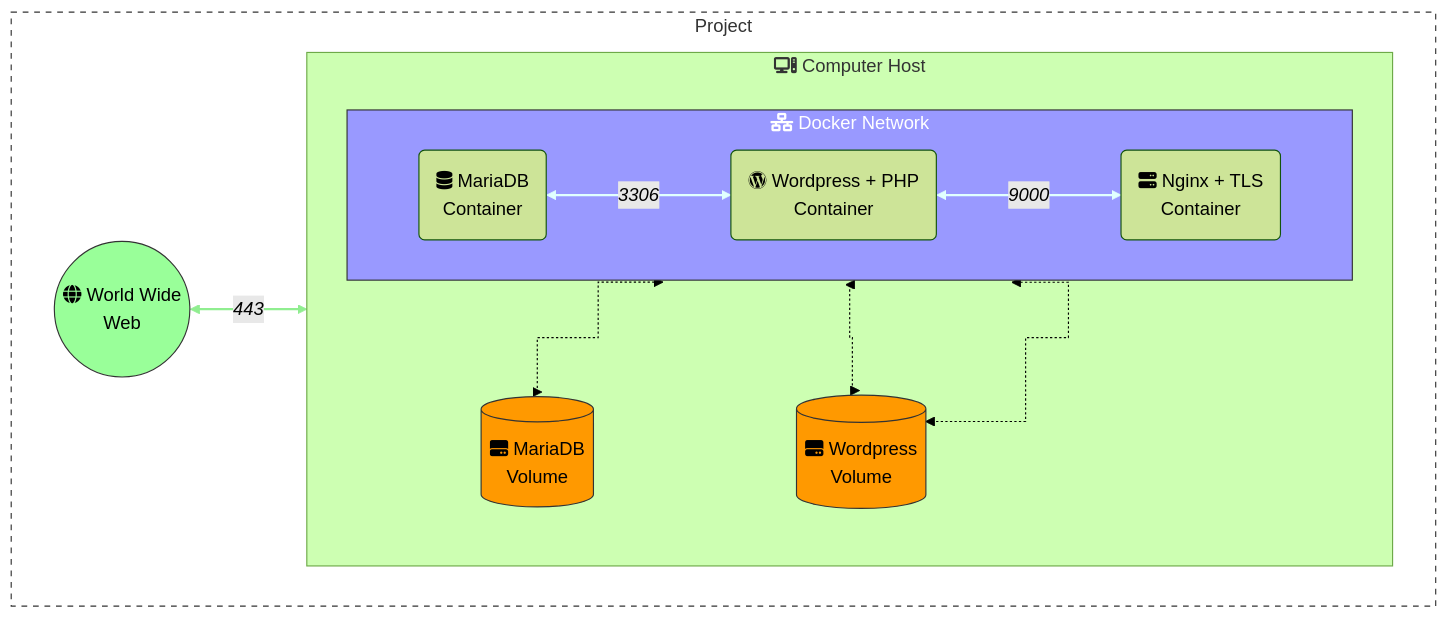
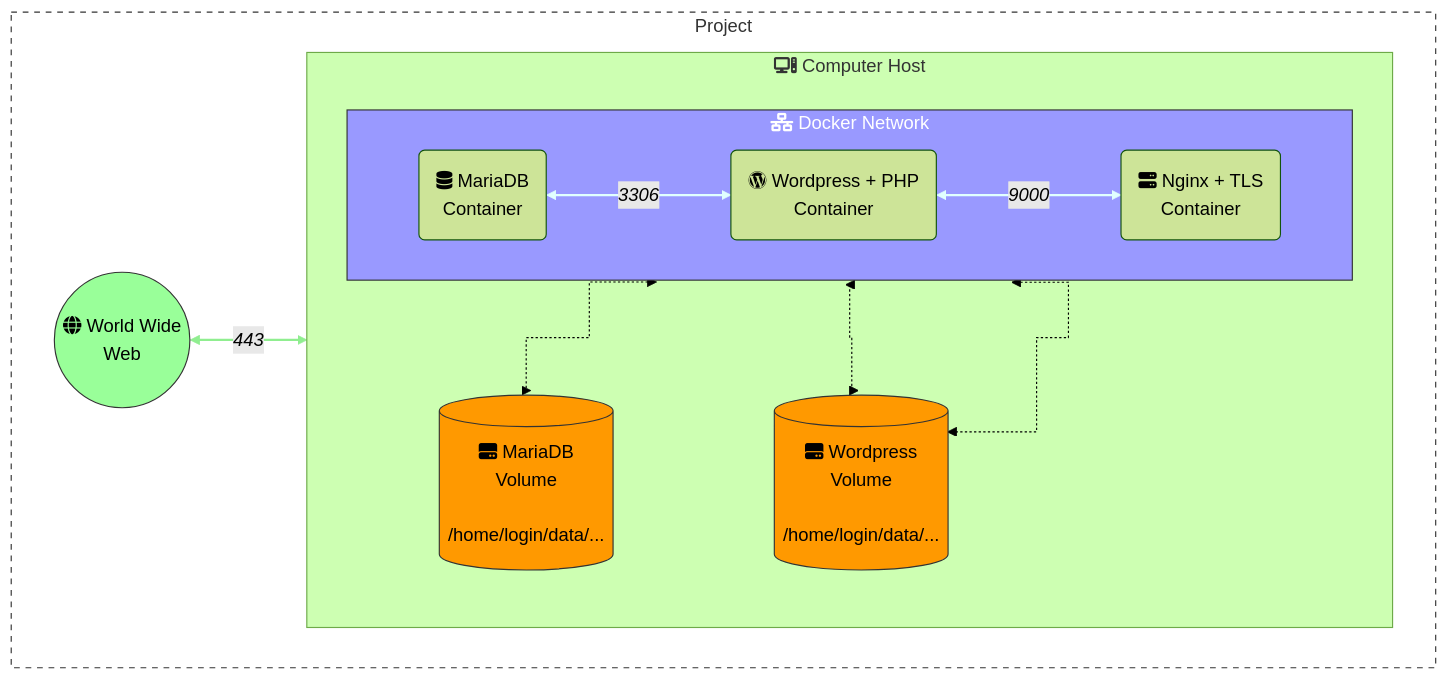
The second of 2 diagrams in Projects/Inception/README.md (Tablerase/42_Projects), drawn with Mermaid (forest theme) before and after one commit. The commit also changed other lines of this file and 3 other files, not shown here.

````diff
--- a/Projects/Inception/README.md
+++ b/Projects/Inception/README.md
@@ -77,50 +79,50 @@
 ```mermaid
 %%{ init: { 'flowchart': { 'curve': 'step' } } }%%
 graph TD
   direction TB
   classDef black fill:#000,stroke:#333,stroke-width:1px;
   classDef white fill:#fff,stroke:#333,stroke-width:1px;
   classDef white_border fill:#fff,stroke:#333,stroke-width:1px, stroke-dasharray: 5, 5;
   classDef green fill:#0f0,stroke:#333,stroke-width:1px;
   classDef lightblue fill:#99f,stroke:#333,stroke-width:1px,color:#fff;
   classDef lightgreen fill:#9f9,stroke:#333,stroke-width:1px;
   classDef lightred fill:#f99,stroke:#333,stroke-width:1px;
   classDef lightyellow fill:#ff9,stroke:#333,stroke-width:1px;
   classDef lightorange fill:#f90,stroke:#333,stroke-width:1px;
   classDef lightpurple fill:#f0f,stroke:#333,stroke-width:1px;
   classDef lightcyan fill:#9ff,stroke:#333,stroke-width:1px;
   classDef lightpink fill:#f9f,stroke:#333,stroke-width:1px;
   classDef lightbrown fill:#963,stroke:#333,stroke-width:1px;
   classDef lightgrey fill:#999,stroke:#333,stroke-width:1px;
   classDef lightblack fill:#000,stroke:#333,stroke-width:1px;
   classDef lightwhite fill:#fff,stroke:#333,stroke-width:1px;
 
   Project:::white_border
   subgraph Project
     direction LR
     WorldWideWeb <-->|"`*443*`"| Nginx
     WorldWideWeb((fa:fa-globe World Wide\nWeb)):::lightgreen
 
     subgraph Computer_Host["fas:fa-computer Computer Host"]
       direction TB
       Docker_Network:::lightblue
 
       subgraph Docker_Network["fas:fa-network-wired Docker Network"]
         direction LR
         MariaDB("fa:fa-database MariaDB\nContainer")
         Wordpress("fab:fa-wordpress Wordpress + PHP\nContainer")
         Nginx("fa:fa-server Nginx + TLS\nContainer")
         MariaDB <-->|"`*3306*`"| Wordpress <-->|"`*9000*`"| Nginx
       end
 
-    Volume_MariaDB[("fas:fa-hdd MariaDB\nVolume")]:::lightorange
-    Volume_Wordpress[("fas:fa-hdd Wordpress\nVolume")]:::lightorange
+    Volume_MariaDB[("fas:fa-hdd MariaDB\nVolume\n\n/home/login/data/...")]:::lightorange
+    Volume_Wordpress[("fas:fa-hdd Wordpress\nVolume\n\n/home/login/data/...")]:::lightorange
     MariaDB <-.-> Volume_MariaDB
     Wordpress <-.-> Volume_Wordpress
     Nginx <-.-> Volume_Wordpress
     end
   end
 
   linkStyle 0 stroke:lightgreen,stroke-width:2px;
   linkStyle 1,2 stroke:lightcyan,stroke-width:2px;
 ```
````
